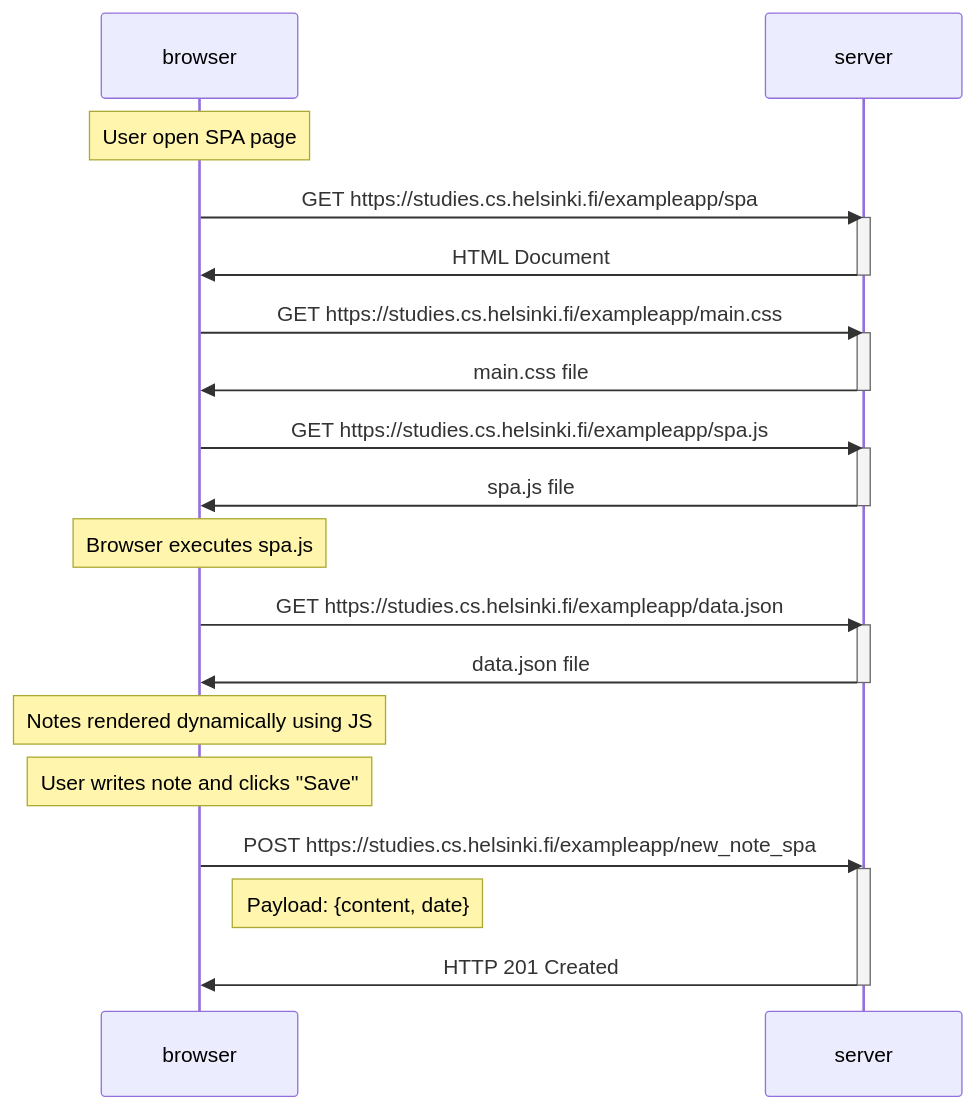
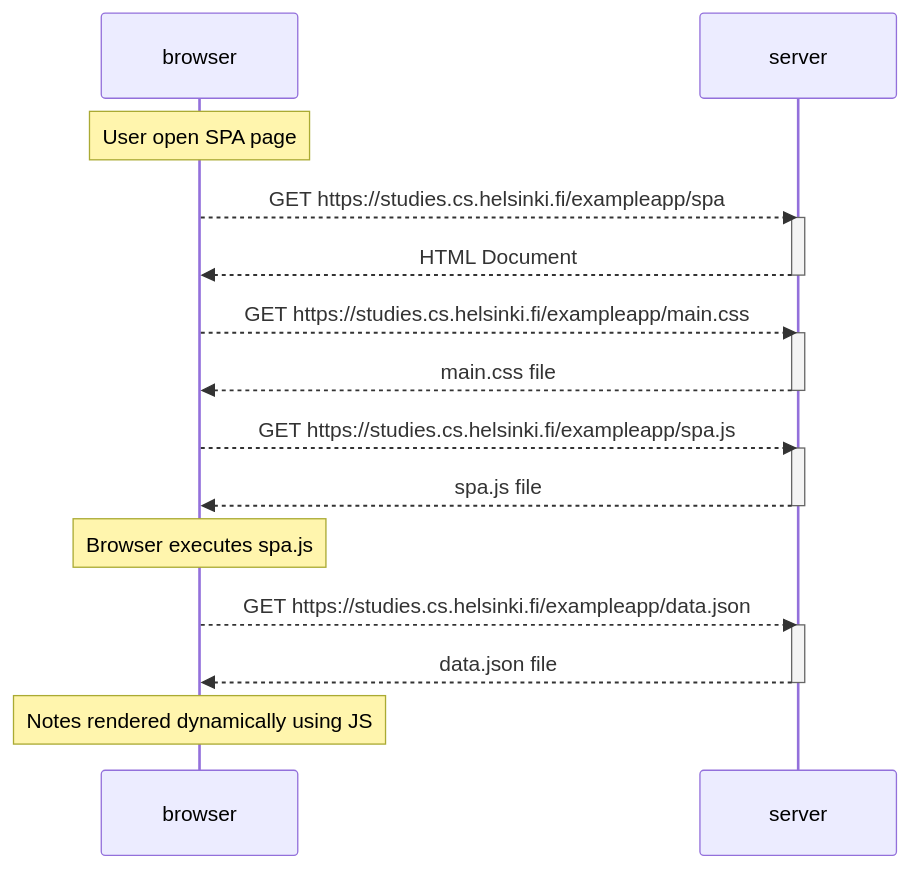
One commit to Sanjay-jayesh/Full-Stack-Open- changed the diagram in Part 0/exercise_0_5.md. Above: the diagram before and after it, drawn with Mermaid. The commit also changed 2 other files, not shown here.

Commit message:
Added exercise 6

````diff
--- a/Part 0/exercise_0_5.md
+++ b/Part 0/exercise_0_5.md
@@ -1,39 +1,31 @@
 ```mermaid
 sequenceDiagram
     participant browser
     participant server
 
     Note over browser: User open SPA page
 
-    browser->>server: GET https://studies.cs.helsinki.fi/exampleapp/spa
+    browser-->>server: GET https://studies.cs.helsinki.fi/exampleapp/spa
     activate server
-    server->>browser: HTML Document
+    server-->>browser: HTML Document
     deactivate server
 
-    browser->>server: GET https://studies.cs.helsinki.fi/exampleapp/main.css
+    browser-->>server: GET https://studies.cs.helsinki.fi/exampleapp/main.css
     activate server
-    server->>browser: main.css file
+    server-->>browser: main.css file
     deactivate server
-    
-    browser->>server: GET https://studies.cs.helsinki.fi/exampleapp/spa.js
+
+    browser-->>server: GET https://studies.cs.helsinki.fi/exampleapp/spa.js
     activate server
-    server->>browser: spa.js file
+    server-->>browser: spa.js file
     deactivate server
 
     Note over browser: Browser executes spa.js
 
-    browser->>server: GET https://studies.cs.helsinki.fi/exampleapp/data.json
+    browser-->>server: GET https://studies.cs.helsinki.fi/exampleapp/data.json
     activate server
-    server->>browser: data.json file
+    server-->>browser: data.json file
     deactivate server
 
     Note over browser: Notes rendered dynamically using JS
-
-    Note over browser: User writes note and clicks "Save"
-
-    browser->>server: POST https://studies.cs.helsinki.fi/exampleapp/new_note_spa
-    activate server
-    Note right of browser: Payload: {content, date}
-    server->>browser: HTTP 201 Created
-    deactivate server
 ```
````
